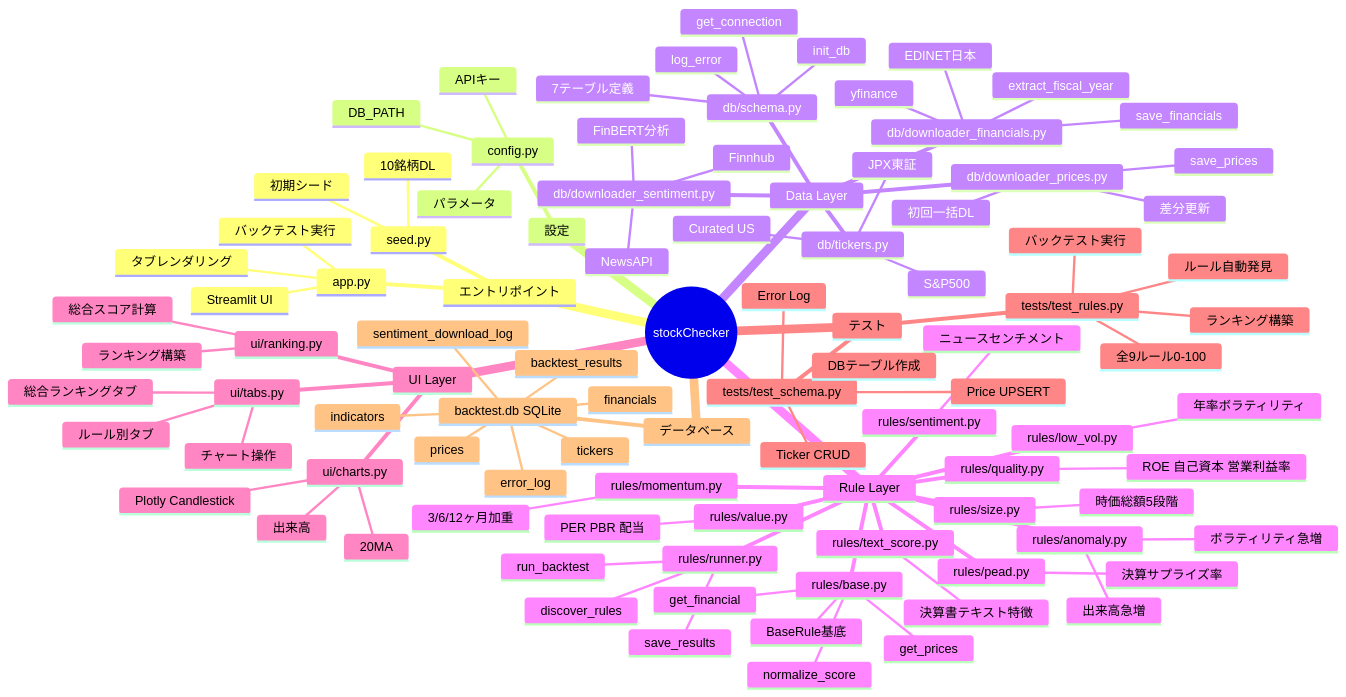
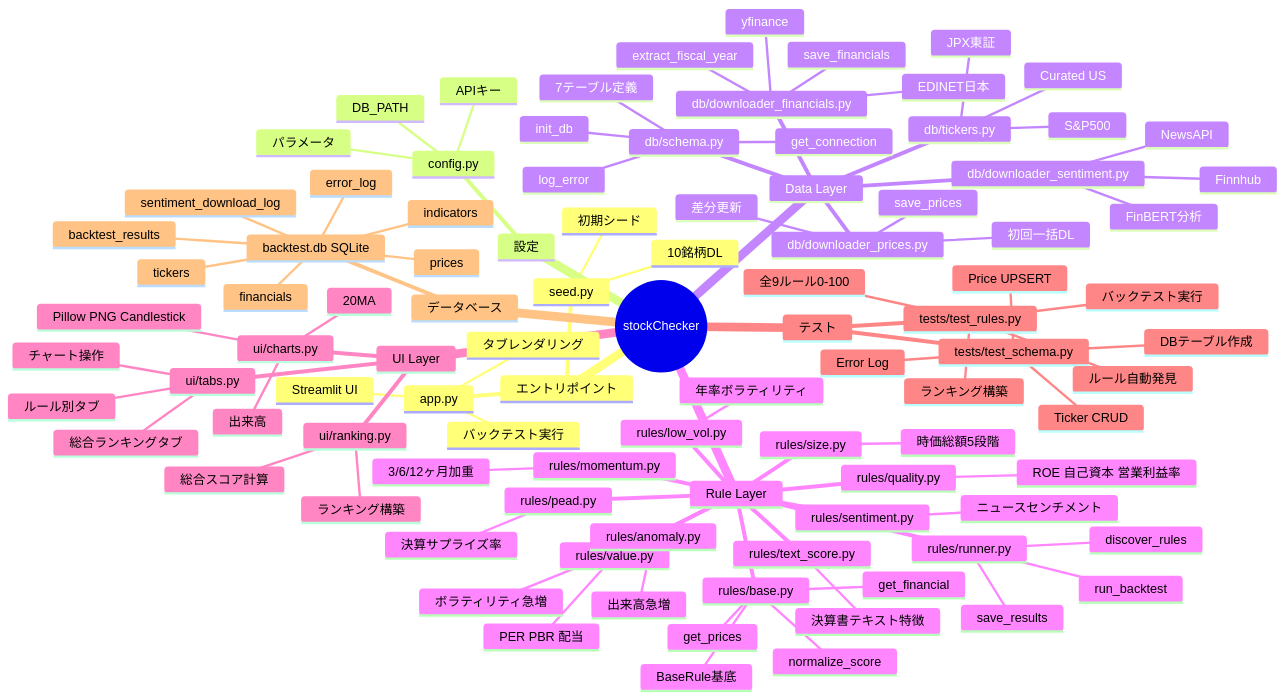
Before and after one commit to t-tani-it/stockChecker: the diagram in docs/ARCHITECTURE.md, drawn with Mermaid. The commit also changed 3 other files, not shown here.

First line of the commit message:
docs: Plotly→Pillow移行に伴うドキュメント修正（requirements/README/ARCHITECTURE/INTERFACE）

```diff
--- a/docs/ARCHITECTURE.md
+++ b/docs/ARCHITECTURE.md
@@ -74,7 +74,7 @@
         総合ランキングタブ
         チャート操作
       ui/charts.py
-        Plotly Candlestick
+        Pillow PNG Candlestick
         20MA
         出来高
       ui/ranking.py
```
